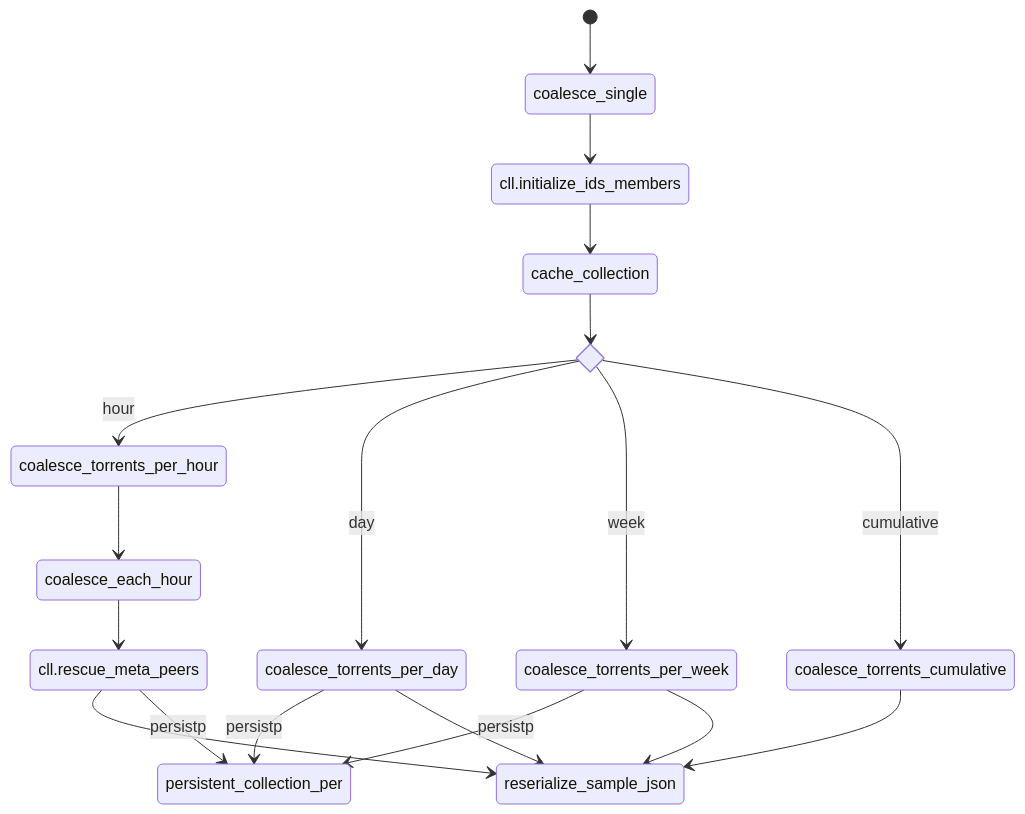
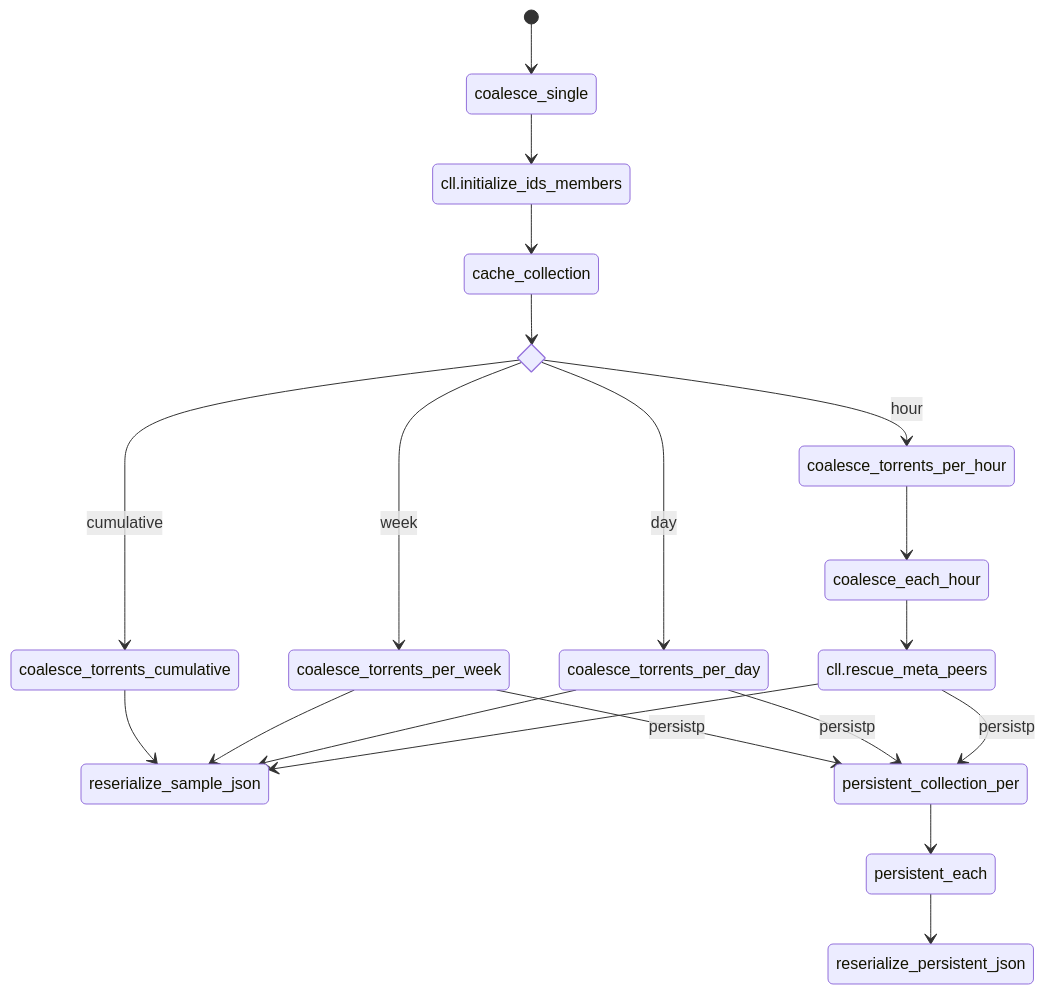
Before and after one commit to bdekoz/alpha60-docs: the diagram in docs/graphs/coalesce_single.mmd, drawn with Mermaid.

Commit message:
smooth out coalesce_signle graph

```diff
--- a/docs/graphs/coalesce_single.mmd
+++ b/docs/graphs/coalesce_single.mmd
@@ -1,25 +1,26 @@
 stateDiagram-v2
     [*] --> coalesce_single
     coalesce_single --> cll.initialize_ids_members
     cll.initialize_ids_members --> cache_collection
 
     state if_state<<choice>>
     cache_collection --> if_state
 
     if_state --> coalesce_torrents_per_hour : hour
     coalesce_torrents_per_hour --> coalesce_each_hour
     coalesce_each_hour --> cll.rescue_meta_peers
-    cll.rescue_meta_peers --> reserialize_sample_json	
+    cll.rescue_meta_peers --> reserialize_sample_json
     cll.rescue_meta_peers --> persistent_collection_per : persistp
-
+    persistent_collection_per  --> persistent_each
+    persistent_each  --> reserialize_persistent_json
 
     if_state --> coalesce_torrents_per_day : day
     coalesce_torrents_per_day --> persistent_collection_per : persistp
     coalesce_torrents_per_day --> reserialize_sample_json
-    
+
     if_state --> coalesce_torrents_per_week : week
     coalesce_torrents_per_week --> persistent_collection_per : persistp
     coalesce_torrents_per_week --> reserialize_sample_json
 
     if_state --> coalesce_torrents_cumulative : cumulative
     coalesce_torrents_cumulative --> reserialize_sample_json
```
